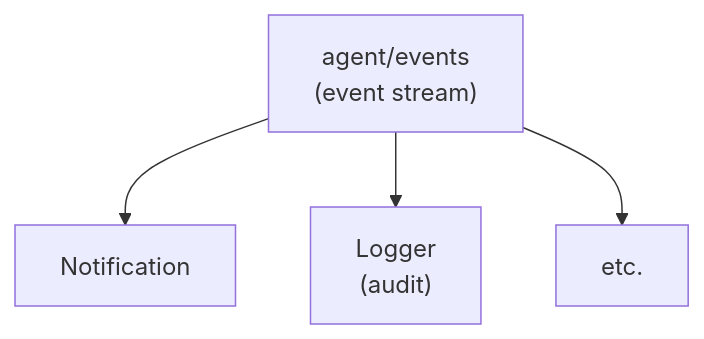
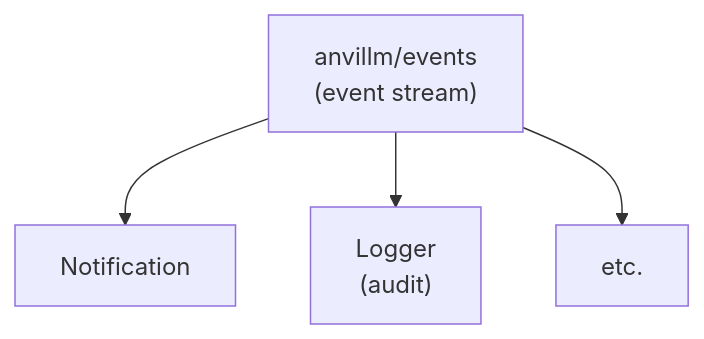
Before and after one commit to lneely/anvillm: the diagram in docs/diagrams/events.mmd, drawn with Mermaid. The commit also changed 87 other files, not shown here.

First line of the commit message:
rename 9P endpoint from 'agent' to 'anvillm'

```diff
--- a/docs/diagrams/events.mmd
+++ b/docs/diagrams/events.mmd
@@ -1,9 +1,9 @@
 graph TB
-    events["agent/events<br/>(event stream)"]
+    events["anvillm/events<br/>(event stream)"]
     notif["Notification"]
     logger["Logger<br/>(audit)"]
     etc["etc."]
     
     events --> notif
     events --> logger
     events --> etc
```
